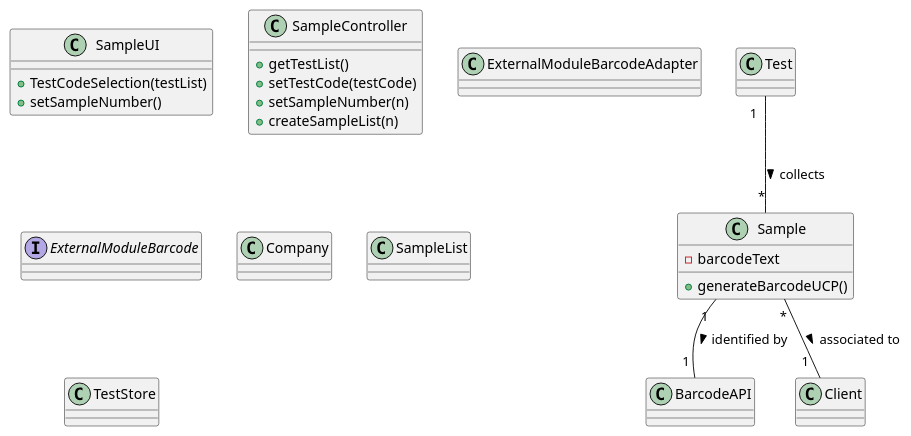
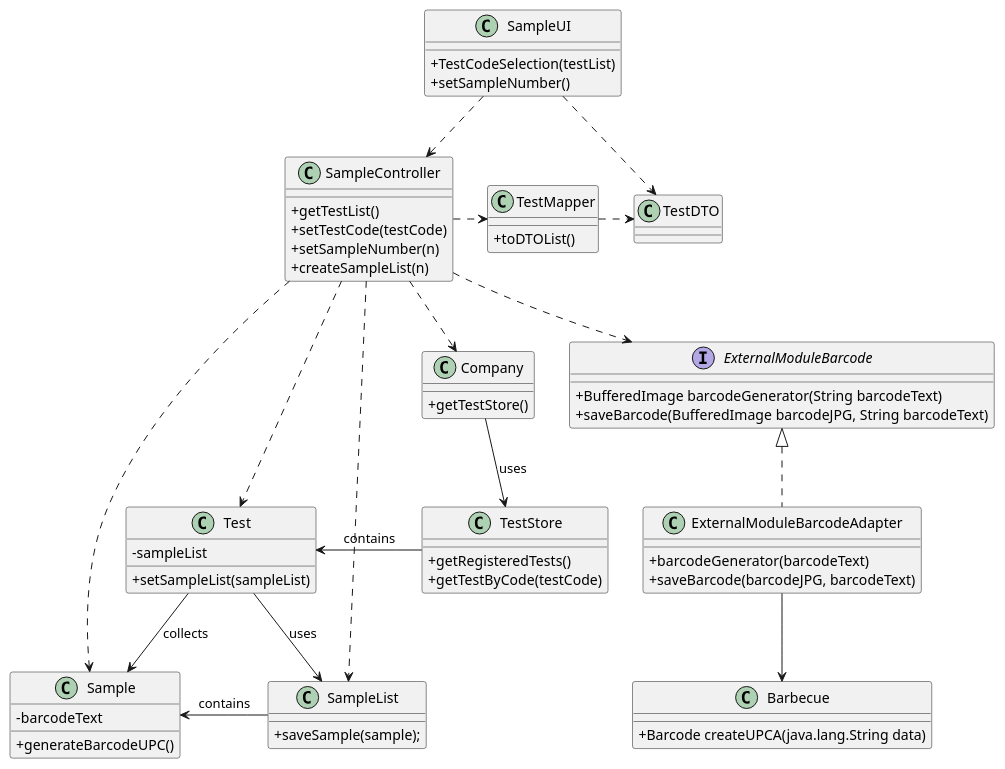
Before and after one commit to MadDinosaur/ISEP-LAPR2: the diagram in docs/SprintC/US5/US5_CD.puml, drawn with PlantUML. The commit also changed 5 other files, not shown here.

```diff
--- a/docs/SprintC/US5/US5_CD.puml
+++ b/docs/SprintC/US5/US5_CD.puml
@@ -1,48 +1,79 @@
 @startuml
+
+skinparam classAttributeIconSize 0
 
 class SampleUI {
 +TestCodeSelection(testList)
 +setSampleNumber()
 }
 
 class SampleController {
 +getTestList()
 +setTestCode(testCode)
 +setSampleNumber(n)
 +createSampleList(n)
 }
 
-class ExternalModuleBarcodeAdapter {
+interface ExternalModuleBarcode {
++BufferedImage barcodeGenerator(String barcodeText)
++saveBarcode(BufferedImage barcodeJPG, String barcodeText)
 }
 
-interface ExternalModuleBarcode {
+class ExternalModuleBarcodeAdapter {
++barcodeGenerator(barcodeText)
++saveBarcode(barcodeJPG, barcodeText)
+}
+
+class Barbecue {
++Barcode createUPCA(java.lang.String data)
 }
 
 class Company {
++getTestStore()
+}
+
+
+class TestMapper {
++toDTOList()
+}
+
+class TestDTO {
 }
 
 class Sample {
 -barcodeText
-+generateBarcodeUCP()
++generateBarcodeUPC()
 }
 
 class SampleList {
++saveSample(sample);
 }
 
 class TestStore {
-}
-
-class BarcodeAPI {
-}
-
-class Client {
++getRegisteredTests()
++getTestByCode(testCode)
 }
 
 class Test {
+-sampleList
++setSampleList(sampleList)
 }
 
-Sample "1"--"1 " BarcodeAPI : identified by >
-Sample "*"--"1  " Client : associated to >
-Test "1  "--"*" Sample : collects >
+SampleUI ..> SampleController
+ExternalModuleBarcode <|.. ExternalModuleBarcodeAdapter
+ExternalModuleBarcodeAdapter --> Barbecue
+SampleController ..> Company
+SampleController .> TestMapper
+TestMapper .> TestDTO
+SampleController ..> Sample
+SampleController ..> ExternalModuleBarcode
+SampleController ..> SampleList
+SampleController ...> Test
+Company --> TestStore : uses
+Test --> Sample : collects
+TestStore -> Test : contains
+Sample <- SampleList : contains
+Test -> SampleList : uses
+SampleUI ..> TestDTO
 
 @enduml
```
